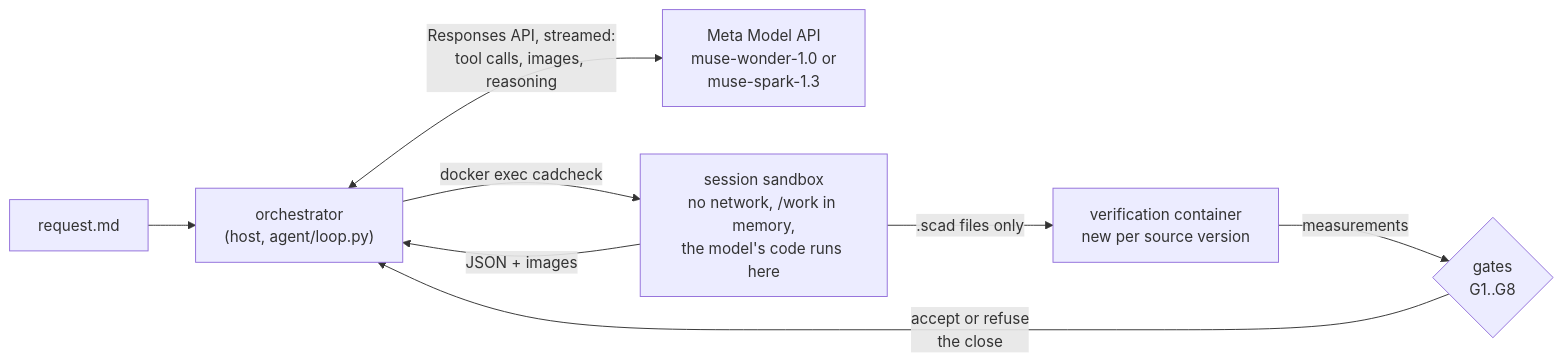
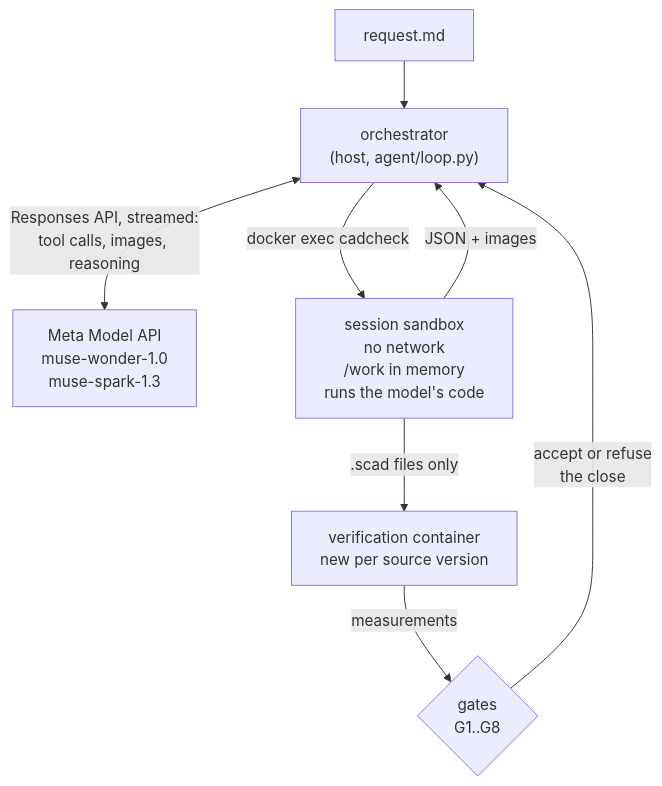
The diagram in docs/architecture.md (Juanpighelfi/cadverify-ai), drawn with Mermaid before and after one commit. The commit also changed 8 other files, not shown here.

First line of the commit message:
Replay renders the model's markdown and what each tool found; clearer Quick start

````diff
--- a/docs/architecture.md
+++ b/docs/architecture.md
@@ -9,10 +9,10 @@
 ```mermaid
-flowchart LR
+flowchart TD
     request["request.md"] --> loop["orchestrator<br/>(host, agent/loop.py)"]
-    loop <-->|"Responses API, streamed:<br/>tool calls, images, reasoning"| api["Meta Model API<br/>muse-wonder-1.0 or<br/>muse-spark-1.3"]
-    loop -->|"docker exec cadcheck"| session["session sandbox<br/>no network, /work in memory,<br/>the model's code runs here"]
+    loop <-->|"Responses API, streamed:<br/>tool calls, images, reasoning"| api["Meta Model API<br/>muse-wonder-1.0<br/>muse-spark-1.3"]
+    loop -->|"docker exec cadcheck"| session["session sandbox<br/>no network<br/>/work in memory<br/>runs the model's code"]
     session -->|"JSON + images"| loop
     session -->|".scad files only"| verify["verification container<br/>new per source version"]
     verify -->|"measurements"| gates{"gates<br/>G1..G8"}
     gates -->|"accept or refuse<br/>the close"| loop
 ```
````
